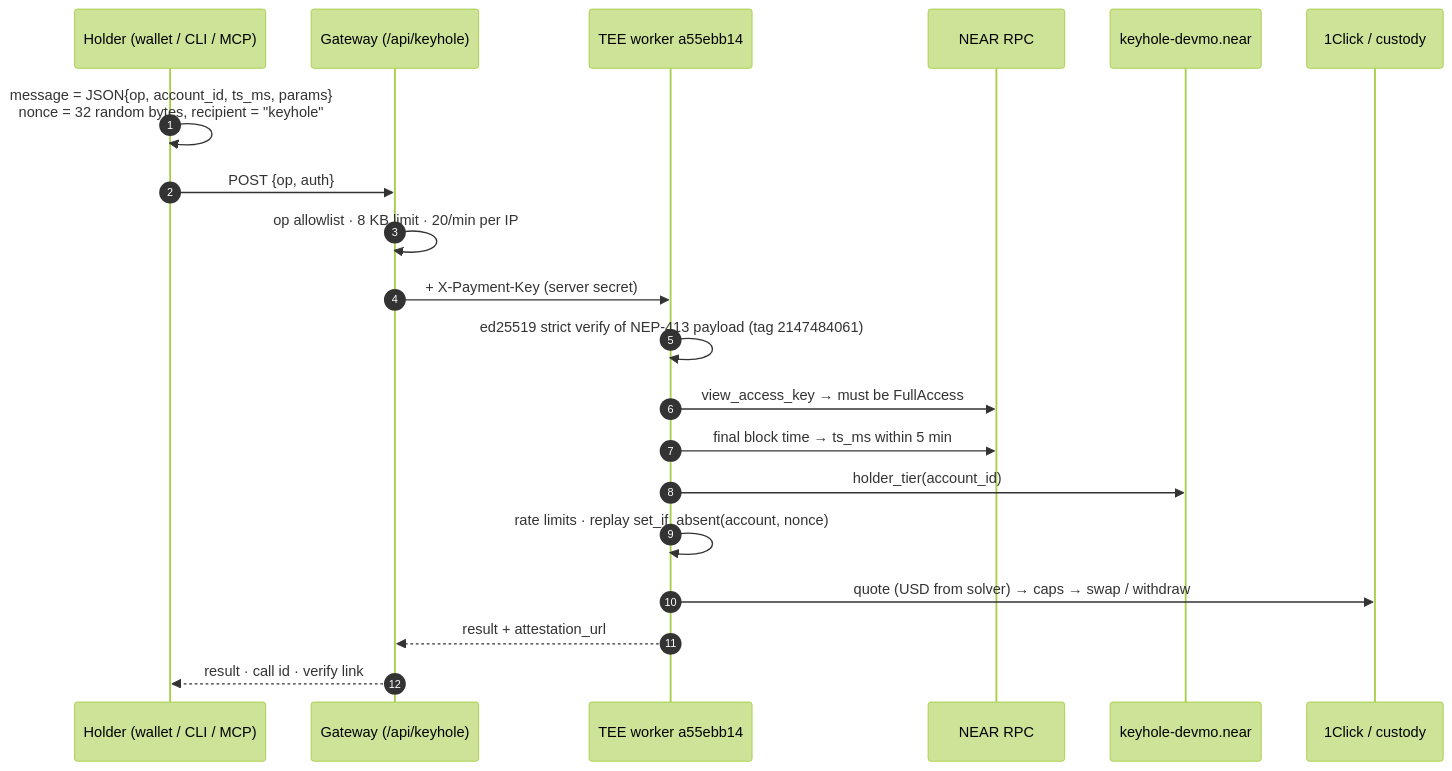
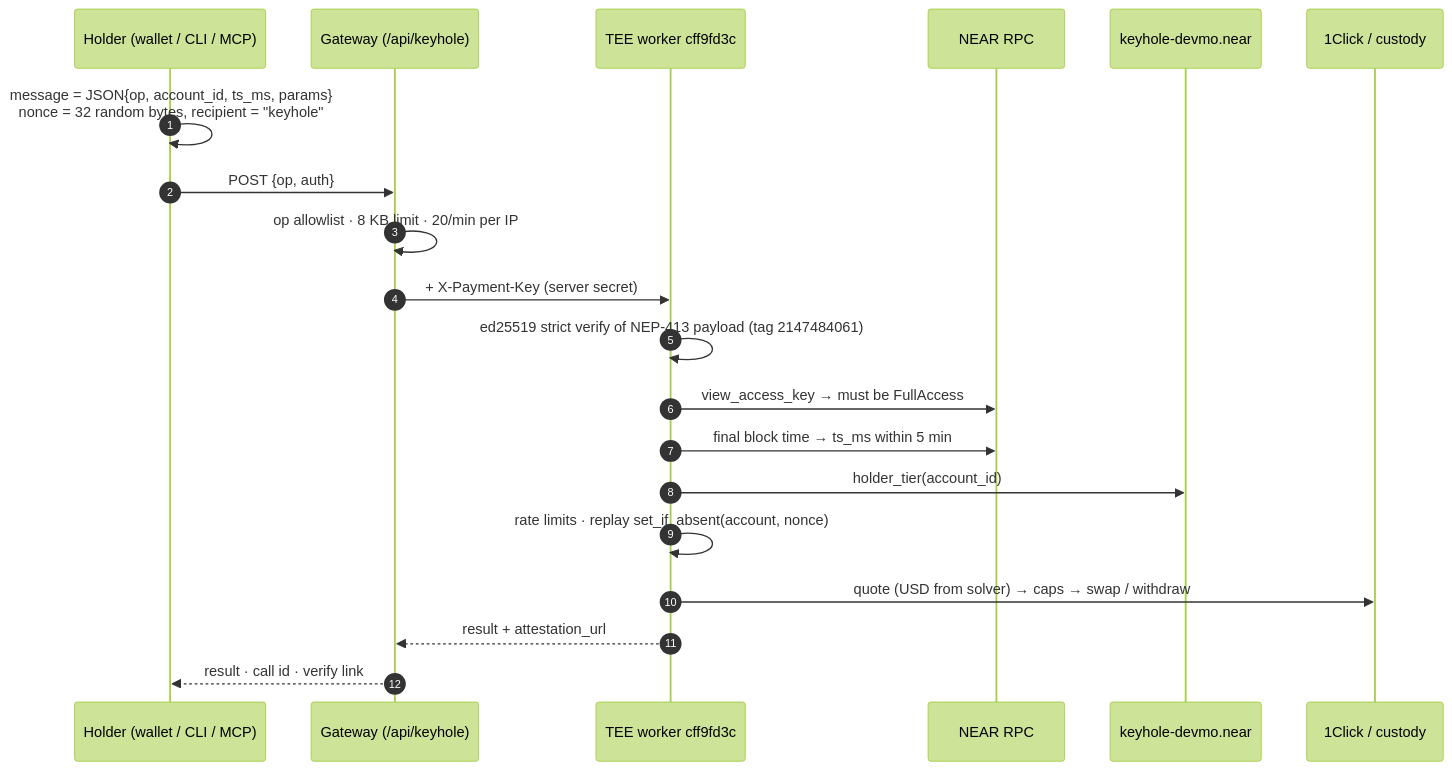
One commit to mohamedwael201193/keyhole changed the second of 2 diagrams in README.md. Above: the diagram before and after it, drawn with Mermaid (forest theme). The commit also changed other lines of this file and 23 other files, not shown here.

Commit message:
chore(identity): worker cff9fd3c via identity.json + gen-identity; info call 643a012d; a55ebb14 previous

````diff
--- a/README.md
+++ b/README.md
@@ -256,22 +257,22 @@
 ```mermaid
 sequenceDiagram
   autonumber
   participant U as Holder (wallet / CLI / MCP)
   participant G as Gateway (/api/keyhole)
-  participant T as TEE worker a55ebb14
+  participant T as TEE worker cff9fd3c
   participant R as NEAR RPC
   participant K as keyhole-devmo.near
   participant X as 1Click / custody
   U->>U: message = JSON{op, account_id, ts_ms, params}<br/>nonce = 32 random bytes, recipient = "keyhole"
   U->>G: POST {op, auth}
   G->>G: op allowlist · 8 KB limit · 20/min per IP
   G->>T: + X-Payment-Key (server secret)
   T->>T: ed25519 strict verify of NEP-413 payload (tag 2147484061)
   T->>R: view_access_key → must be FullAccess
   T->>R: final block time → ts_ms within 5 min
   T->>K: holder_tier(account_id)
   T->>T: rate limits · replay set_if_absent(account, nonce)
   T->>X: quote (USD from solver) → caps → swap / withdraw
   T-->>G: result + attestation_url
   G-->>U: result · call id · verify link
 ```
````
